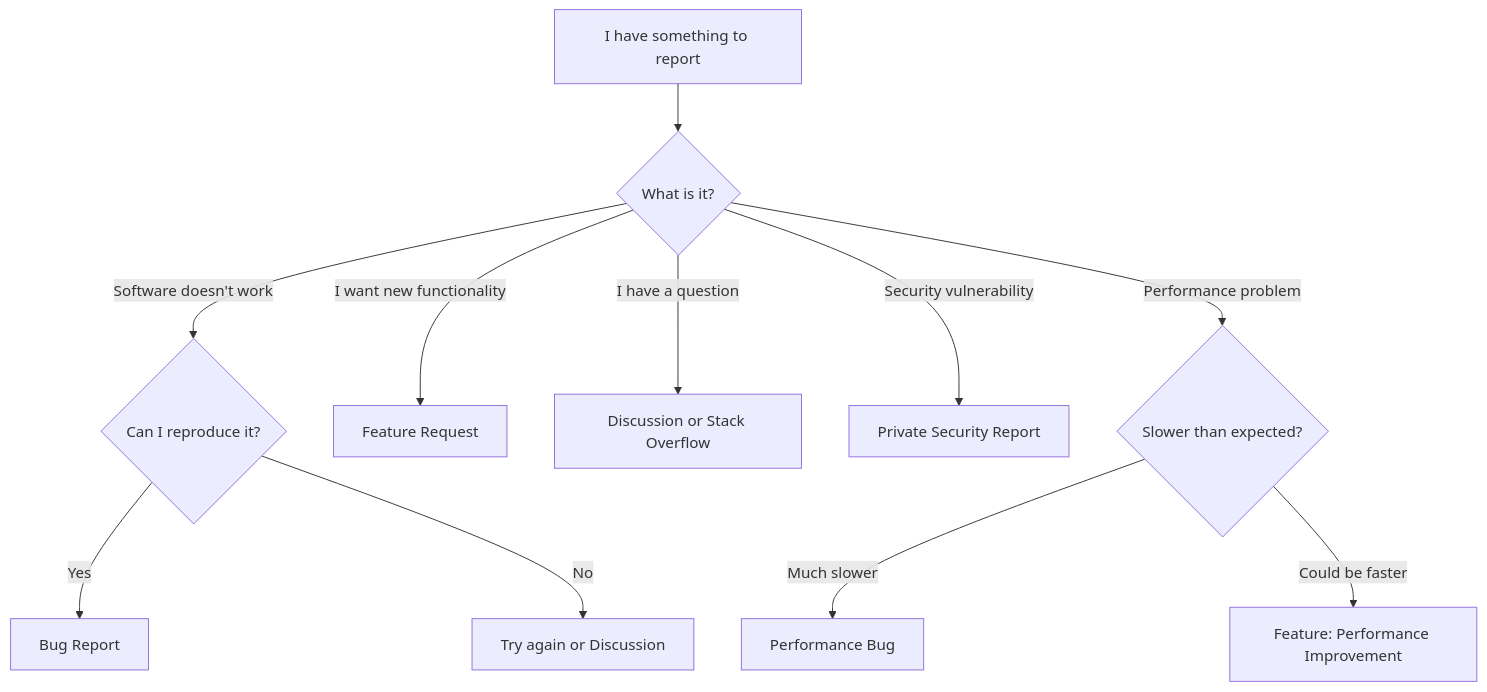
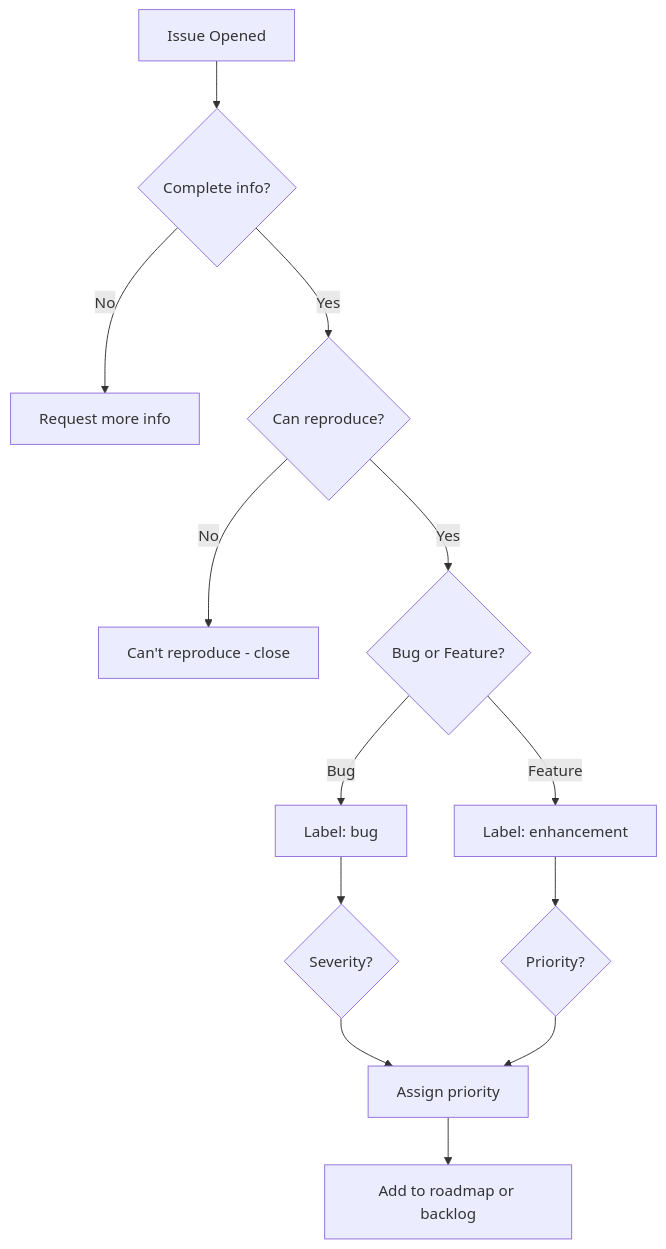
Before and after one commit to algosourceio/algosource-docs: the third of 3 diagrams in content/docs/04_issues-prs/4c_issue-types.mdx, drawn with Mermaid. The commit also changed other lines of this file and 68 other files, not shown here.

````diff
--- a/content/docs/04_issues-prs/4c_issue-types.mdx
+++ b/content/docs/04_issues-prs/4c_issue-types.mdx
@@ -359,18 +339,15 @@
 ```mermaid
 flowchart TD
-    A[I have something to report] --> B{What is it?}
-    
-    B -->|Software doesn't work| C{Can I reproduce it?}
-    C -->|Yes| D[Bug Report]
-    C -->|No| E[Try again or Discussion]
-    
-    B -->|I want new functionality| F[Feature Request]
-    
-    B -->|I have a question| G[Discussion or Stack Overflow]
-    
-    B -->|Security vulnerability| H[Private Security Report]
-    
-    B -->|Performance problem| I{Slower than expected?}
-    I -->|Much slower| J[Performance Bug]
-    I -->|Could be faster| K[Feature: Performance Improvement]
+    A[Issue Opened] --> B{Complete info?}
+    B -->|No| C[Request more info]
+    B -->|Yes| D{Can reproduce?}
+    D -->|No| E[Can't reproduce - close]
+    D -->|Yes| F{Bug or Feature?}
+    F -->|Bug| G[Label: bug]
+    F -->|Feature| H[Label: enhancement]
+    G --> I{Severity?}
+    H --> J{Priority?}
+    I --> K[Assign priority]
+    J --> K
+    K --> L[Add to roadmap or backlog]
 ```
````
